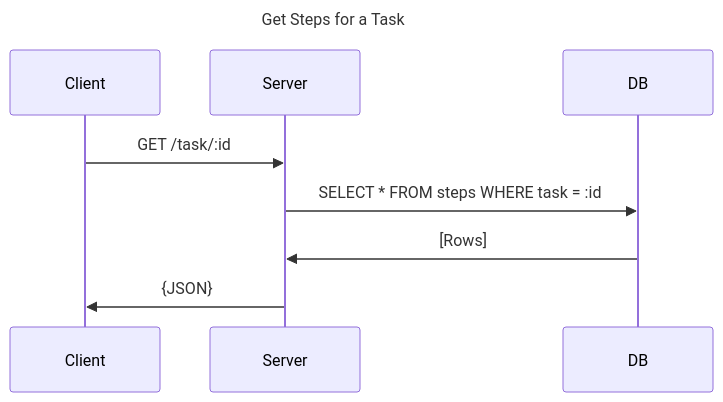
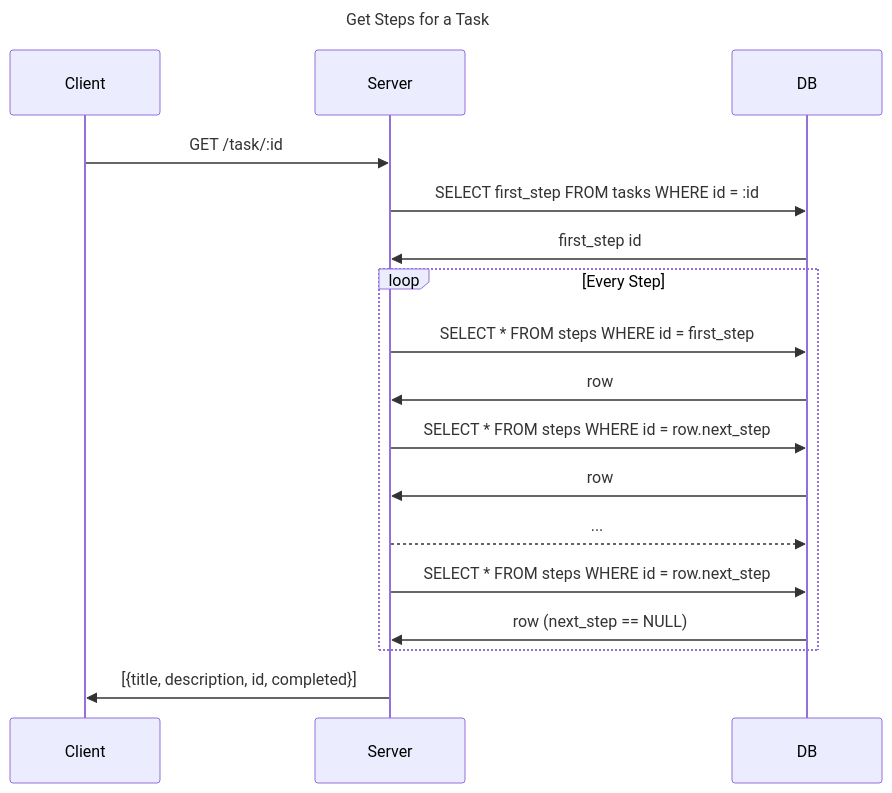
Before and after one commit to athanclark/client-server-express: the third of 4 diagrams in README.md, drawn with Mermaid. The commit also changed other lines of this file and 10 other files, not shown here.

Commit message:
better organization, watch changes, scss, better diagrams

````diff
--- a/README.md
+++ b/README.md
@@ -92,10 +97,19 @@
 ```mermaid
 ---
 title: Get Steps for a Task
 ---
 sequenceDiagram
     Client->>Server: GET /task/:id
-    Server->>DB: SELECT * FROM steps WHERE task = :id
-    DB->>Server: [Rows]
-    Server->>Client: {JSON}
+    Server->>DB: SELECT first_step FROM tasks WHERE id = :id
+    DB->>Server: first_step id
+    loop Every Step
+      Server->>DB: SELECT * FROM steps WHERE id = first_step
+      DB->>Server: row
+      Server->>DB: SELECT * FROM steps WHERE id = row.next_step
+      DB->>Server: row
+      Server-->>DB: ...
+      Server->>DB: SELECT * FROM steps WHERE id = row.next_step
+      DB->>Server: row (next_step == NULL)
+    end
+    Server->>Client: [{title, description, id, completed}]
 ```
````
